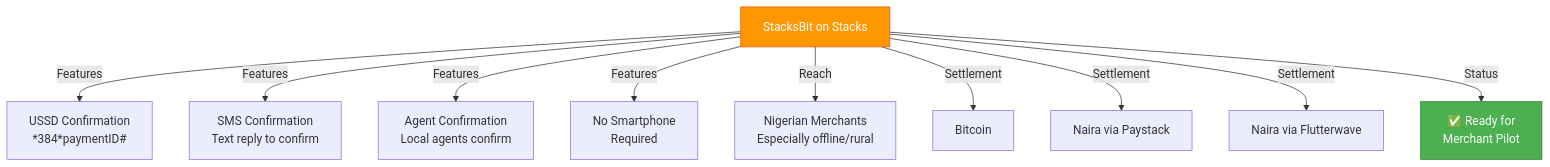
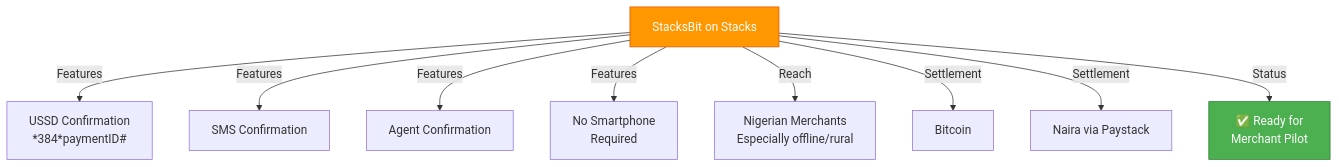
Before and after one commit to rogersterkaa/stacksBit-flare: the sixth of 8 diagrams in README.md, drawn with Mermaid. The commit also changed other lines of this file, not shown here.

Commit message:
docs: clean final README - Mermaid diagrams, no duplicates, professional GitHub rendering

````diff
--- a/README.md
+++ b/README.md
@@ -600,20 +174,19 @@
 ```mermaid
 graph TD
     A["StacksBit on Stacks"]
     
     A -->|"Features"| B1["USSD Confirmation<br/>*384*paymentID#"]
-    A -->|"Features"| B2["SMS Confirmation<br/>Text reply to confirm"]
-    A -->|"Features"| B3["Agent Confirmation<br/>Local agents confirm"]
+    A -->|"Features"| B2["SMS Confirmation"]
+    A -->|"Features"| B3["Agent Confirmation"]
     A -->|"Features"| B4["No Smartphone<br/>Required"]
     
     A -->|"Reach"| C["Nigerian Merchants<br/>Especially offline/rural"]
     
     A -->|"Settlement"| D1["Bitcoin"]
     A -->|"Settlement"| D2["Naira via Paystack"]
-    A -->|"Settlement"| D3["Naira via Flutterwave"]
     
     A -->|"Status"| E["✅ Ready for<br/>Merchant Pilot"]
     
     style A fill:#FF9800,stroke:#E65100,color:#fff
     style E fill:#4CAF50,stroke:#2E7D32,color:#fff
 ```
````
